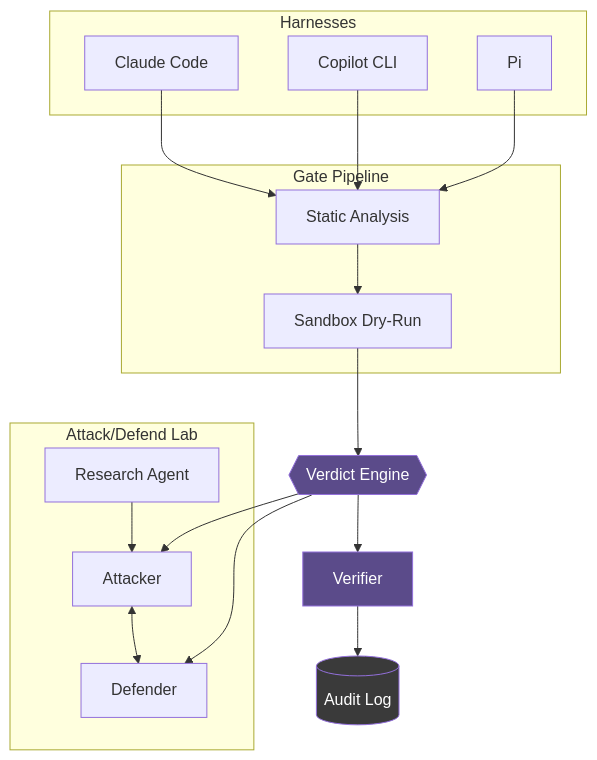
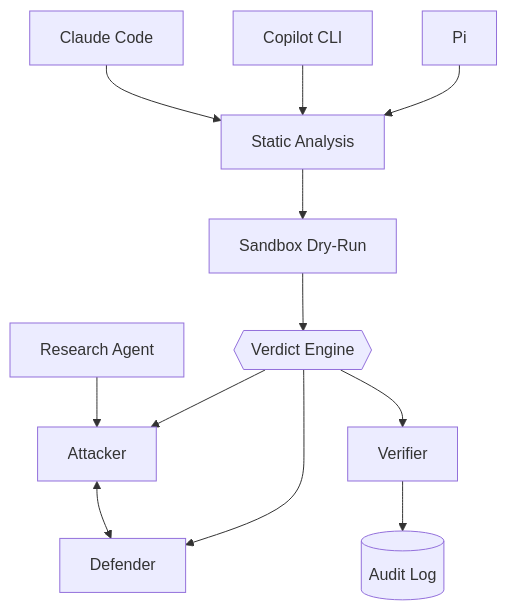
Before and after one commit to arifbazli/rust-agentic-sandbox: the diagram in README.md, drawn with Mermaid. The commit also changed other lines of this file, not shown here.

Commit message:
Verify README claims against actual repo state, trim to 43 lines

````diff
--- a/README.md
+++ b/README.md
@@ -9,39 +9,12 @@
 ```mermaid
 flowchart TB
-    subgraph Harnesses
-        CC[Claude Code]
-        CP[Copilot CLI]
-        PI[Pi]
-    end
-
-    subgraph Gate[Gate Pipeline]
-        SA[Static Analysis]
-        SB[Sandbox Dry-Run]
-    end
-
-    subgraph Lab[Attack/Defend Lab]
-        RA[Research Agent]
-        ATK[Attacker]
-        DEF[Defender]
-    end
-
-    ORCH{{Verdict Engine}}
-    VER[Verifier]
-    AUDIT[(Audit Log)]
-
-    CC --> SA
-    CP --> SA
-    PI --> SA
-    SA --> SB --> ORCH
-
-    RA --> ATK
-    ATK <--> DEF
+    CC[Claude Code] --> SA
+    CP[Copilot CLI] --> SA
+    PI[Pi] --> SA
+    SA[Static Analysis] --> SB[Sandbox Dry-Run] --> ORCH{{Verdict Engine}}
+    RA[Research Agent] --> ATK[Attacker]
+    ATK <--> DEF[Defender]
     ORCH --> ATK
     ORCH --> DEF
-
-    ORCH --> VER --> AUDIT
-
-    style ORCH fill:#5B4B8A,color:#fff
-    style VER fill:#5B4B8A,color:#fff
-    style AUDIT fill:#3A3A3A,color:#fff
+    ORCH --> VER[Verifier] --> AUDIT[(Audit Log)]
 ```
````
